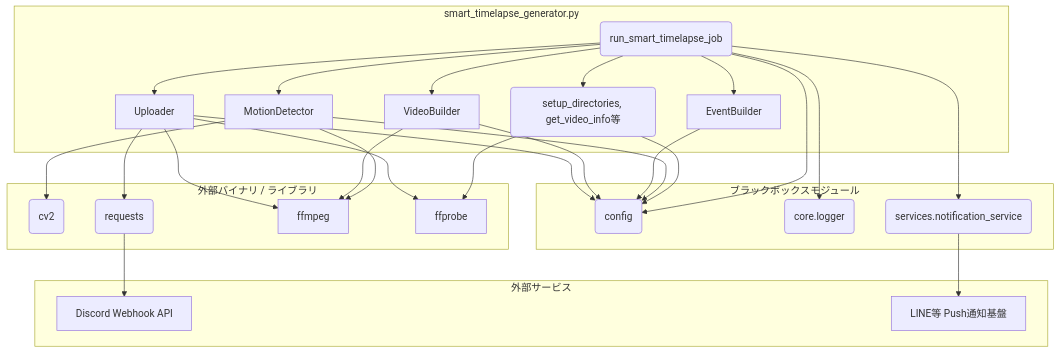
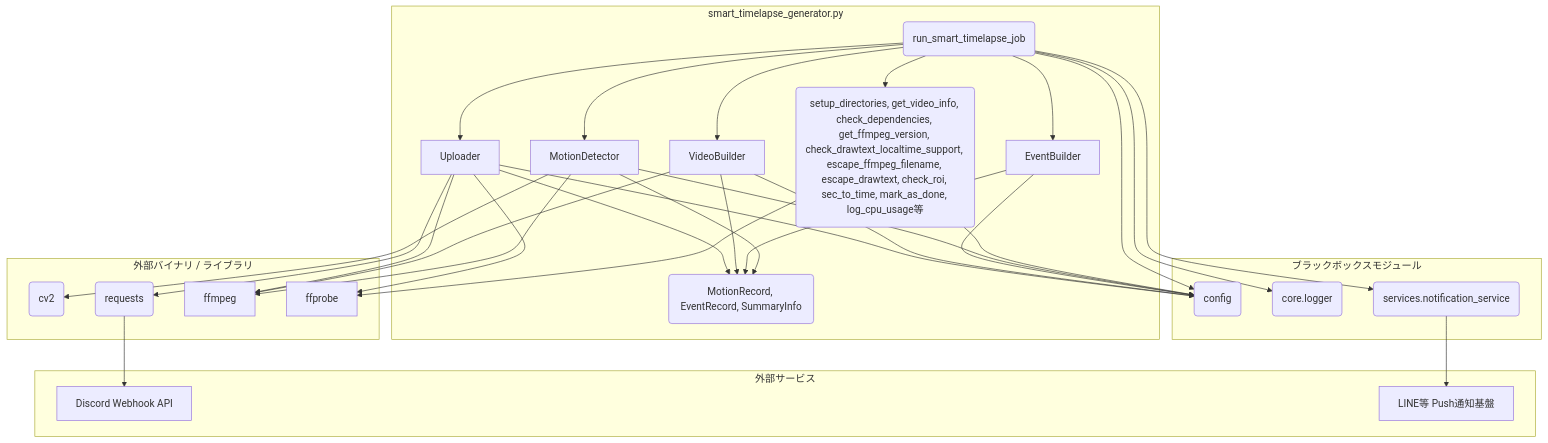
One commit to mmtigers/my_python_project changed the second of 2 diagrams in docs/specifications/MY_HOME_SYSTEM/smart_timelapse_generator.md. Above: the diagram before and after it, drawn with Mermaid. The commit also changed other lines of this file and 6 other files, not shown here.

````diff
--- a/docs/specifications/MY_HOME_SYSTEM/smart_timelapse_generator.md
+++ b/docs/specifications/MY_HOME_SYSTEM/smart_timelapse_generator.md
@@ -439,59 +684,64 @@
 ```mermaid
 graph TD
     subgraph "smart_timelapse_generator.py"
         Main(run_smart_timelapse_job)
         MotionDetector
         EventBuilder
         VideoBuilder
         Uploader
-        Utils(setup_directories, get_video_info等)
+        Utils(setup_directories, get_video_info, check_dependencies, get_ffmpeg_version, check_drawtext_localtime_support, escape_ffmpeg_filename, escape_drawtext, check_roi, sec_to_time, mark_as_done, log_cpu_usage等)
+        DataClasses(MotionRecord, EventRecord, SummaryInfo)
     end
     
     subgraph "ブラックボックスモジュール"
         Config(config)
         Logger(core.logger)
         Notify(services.notification_service)
     end
     
     subgraph "外部バイナリ / ライブラリ"
         OpenCV(cv2)
         Requests(requests)
         FFmpeg[ffmpeg]
         FFprobe[ffprobe]
     end
     
     subgraph "外部サービス"
         Discord[Discord Webhook API]
         Line[LINE等 Push通知基盤]
     end
 
     Main --> Config
     Main --> Logger
     Main --> Notify
     Main --> Utils
     Main --> MotionDetector
     Main --> EventBuilder
     Main --> VideoBuilder
     Main --> Uploader
     
     Utils --> FFprobe
     Utils --> Config
     
     MotionDetector --> FFmpeg
     MotionDetector --> OpenCV
     MotionDetector --> Config
+    MotionDetector --> DataClasses
     
     EventBuilder --> Config
+    EventBuilder --> DataClasses
+    VideoBuilder --> DataClasses
+    Uploader --> DataClasses
     
     VideoBuilder --> FFmpeg
     VideoBuilder --> Config
     
     Uploader --> FFprobe
     Uploader --> FFmpeg
     Uploader --> Requests
     Uploader --> Config
     
     Requests --> Discord
     Notify --> Line
 
 ```
````
